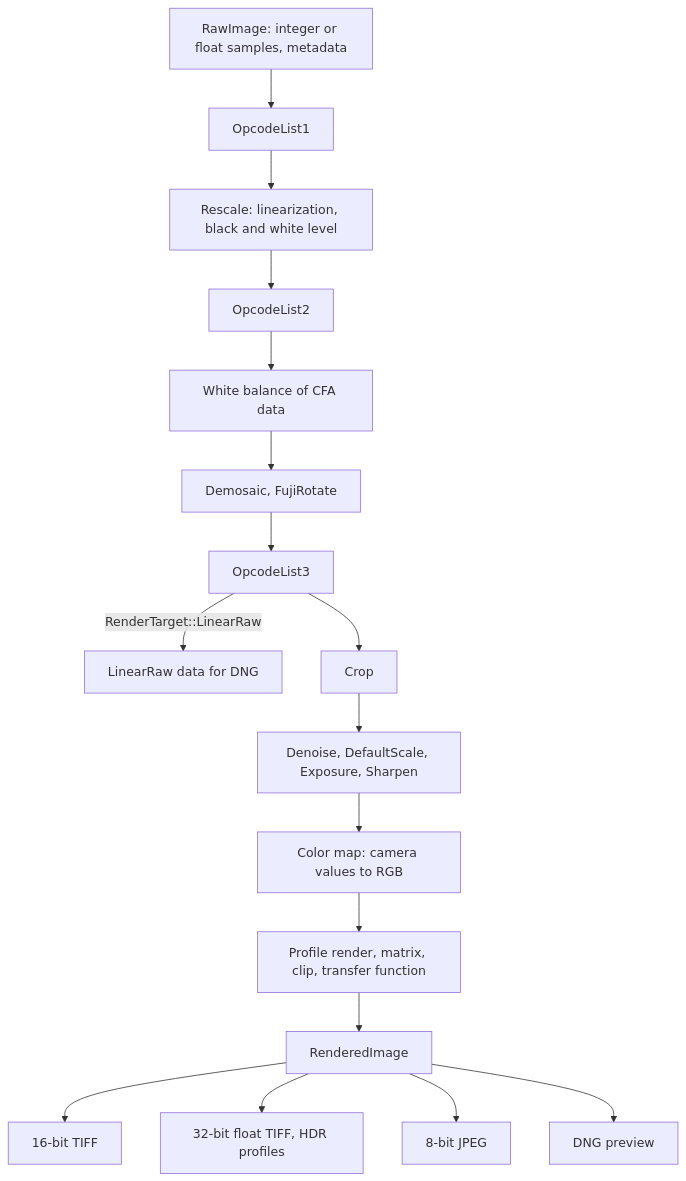
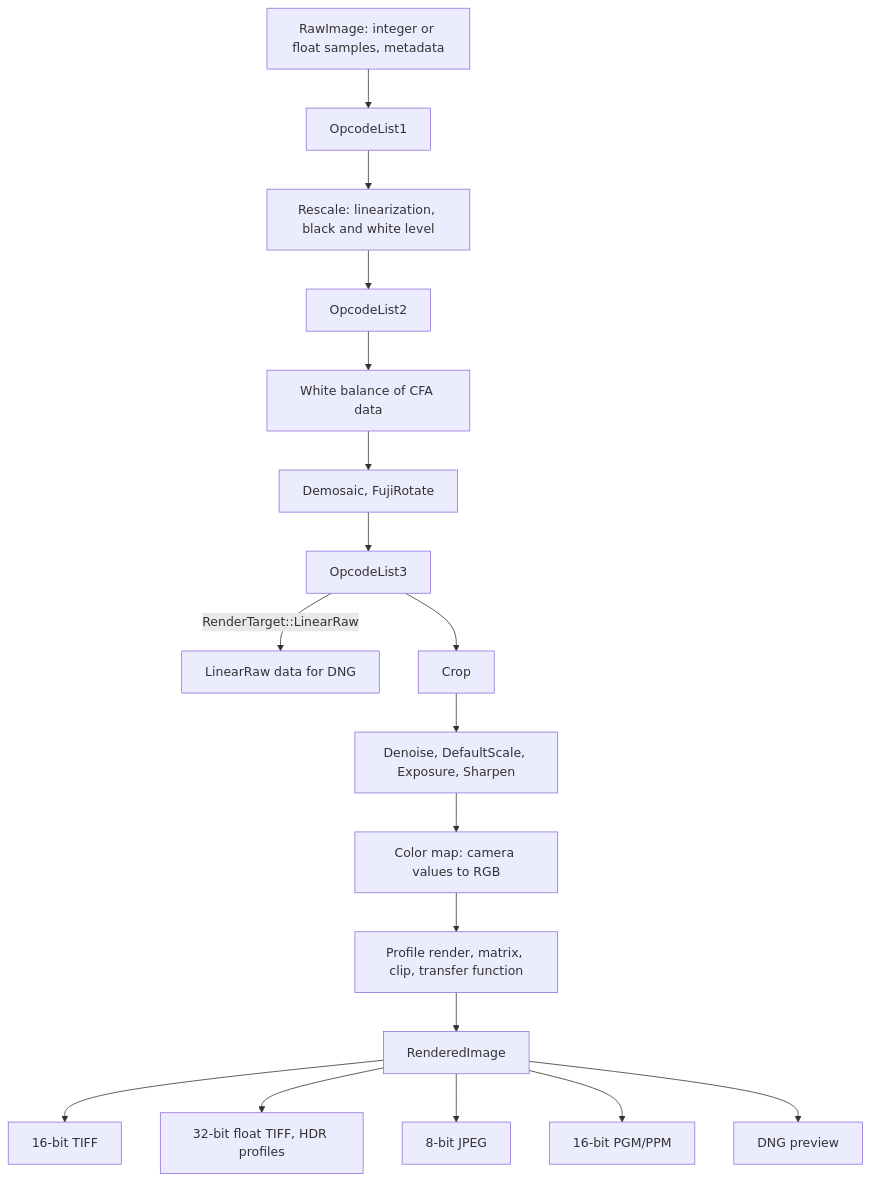
Before and after one commit to dnglab/dnglab: the diagram in docs/render.md, drawn with Mermaid. The commit also changed other lines of this file and 14 other files, not shown here.

First line of the commit message:
Write PGM/PPM in process-raw, keep raw values without the Rescale step

````diff
--- a/docs/render.md
+++ b/docs/render.md
@@ -23,19 +24,20 @@
 ```mermaid
 flowchart TD
   A[RawImage: integer or float samples, metadata] --> B[OpcodeList1]
   B --> C[Rescale: linearization, black and white level]
   C --> D[OpcodeList2]
   D --> E[White balance of CFA data]
   E --> F[Demosaic, FujiRotate]
   F --> G[OpcodeList3]
   G -->|RenderTarget::LinearRaw| L[LinearRaw data for DNG]
   G --> H[Crop]
   H --> I[Denoise, DefaultScale, Exposure, Sharpen]
   I --> J[Color map: camera values to RGB]
   J --> K[Profile render, matrix, clip, transfer function]
   K --> O[RenderedImage]
   O --> T16[16-bit TIFF]
   O --> T32[32-bit float TIFF, HDR profiles]
   O --> JPG[8-bit JPEG]
+  O --> PNM[16-bit PGM/PPM]
   O --> PRV[DNG preview]
 ```
````
